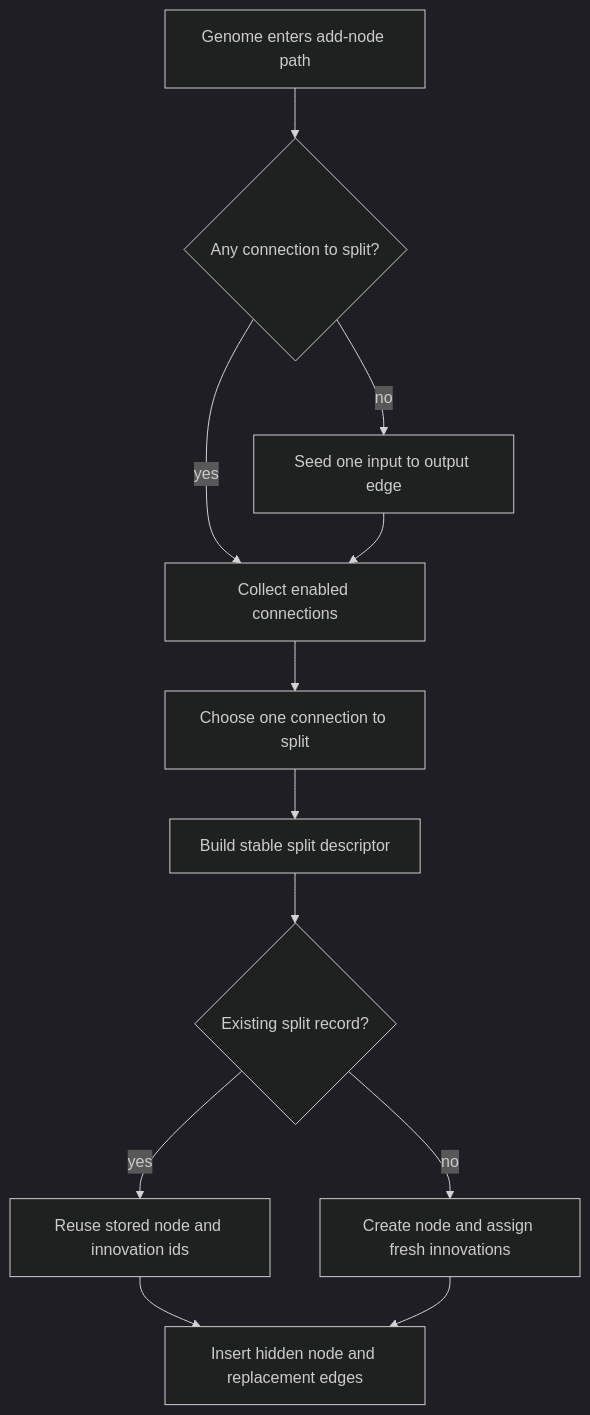
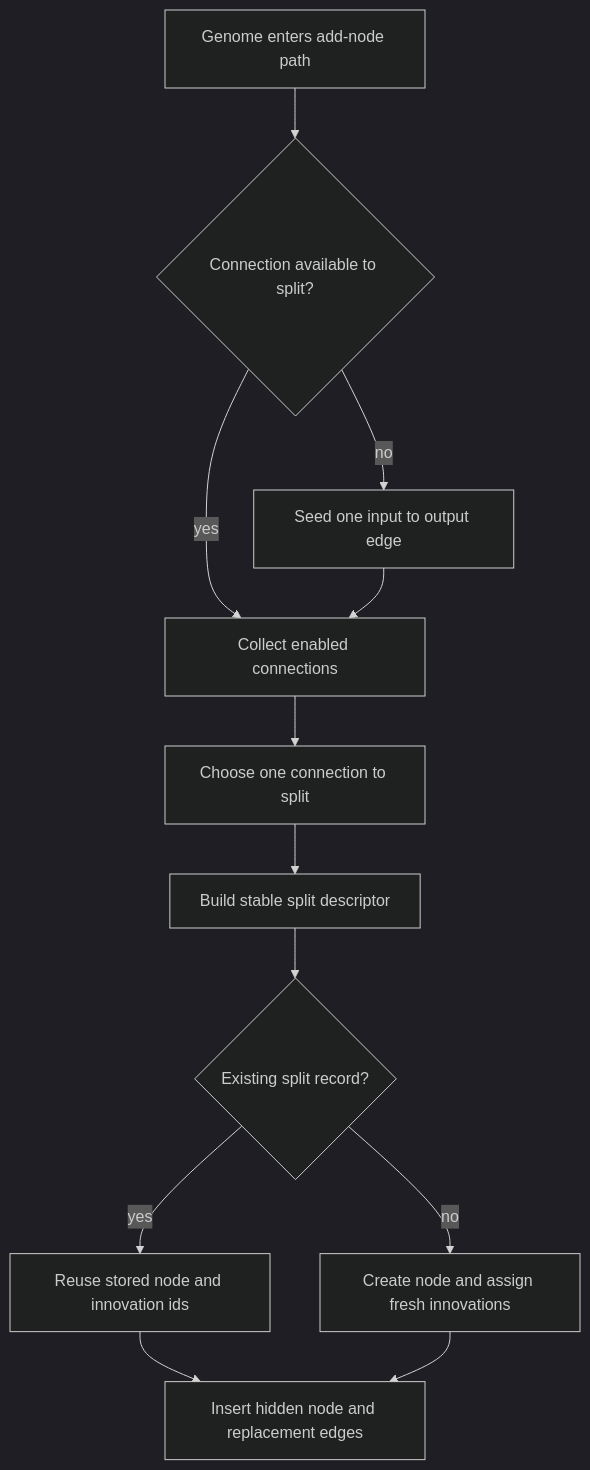
The diagram in src/neat/mutation/add-node/README.md (reicek/NeatapticTS), drawn with Mermaid (dark theme) before and after one commit. The commit also changed 174 other files, not shown here.

````diff
--- a/src/neat/mutation/add-node/README.md
+++ b/src/neat/mutation/add-node/README.md
@@ -28,14 +28,14 @@
 ```mermaid
 flowchart TD
-  Seed[Genome enters add-node path] --> Bootstrap{Any connection to split?}
+  Seed[Genome enters add-node path] --> Bootstrap{Connection available to split?}
   Bootstrap -->|no| Connect[Seed one input to output edge]
   Bootstrap -->|yes| Enabled[Collect enabled connections]
   Connect --> Enabled
   Enabled --> Choose[Choose one connection to split]
   Choose --> SplitKey[Build stable split descriptor]
   SplitKey --> Record{Existing split record?}
   Record -->|yes| Reuse[Reuse stored node and innovation ids]
   Record -->|no| NewRecord[Create node and assign fresh innovations]
   Reuse --> Insert[Insert hidden node and replacement edges]
   NewRecord --> Insert
 ```
````
